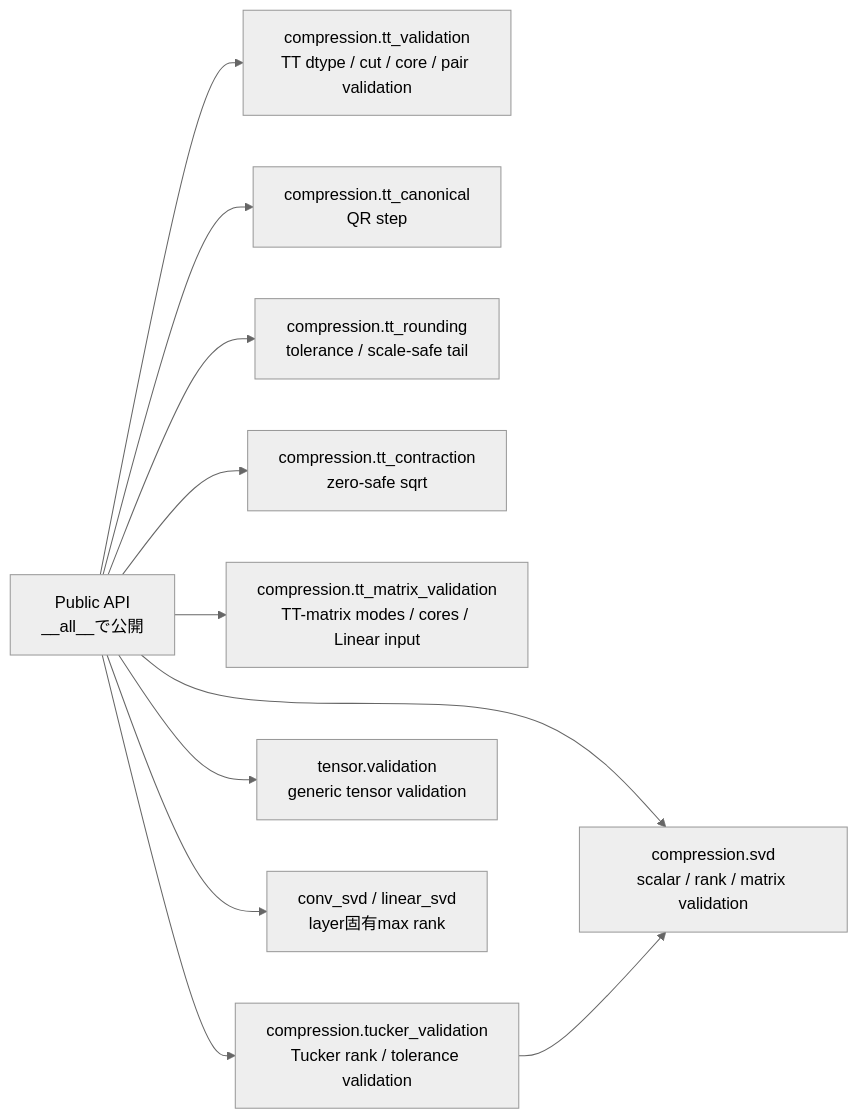
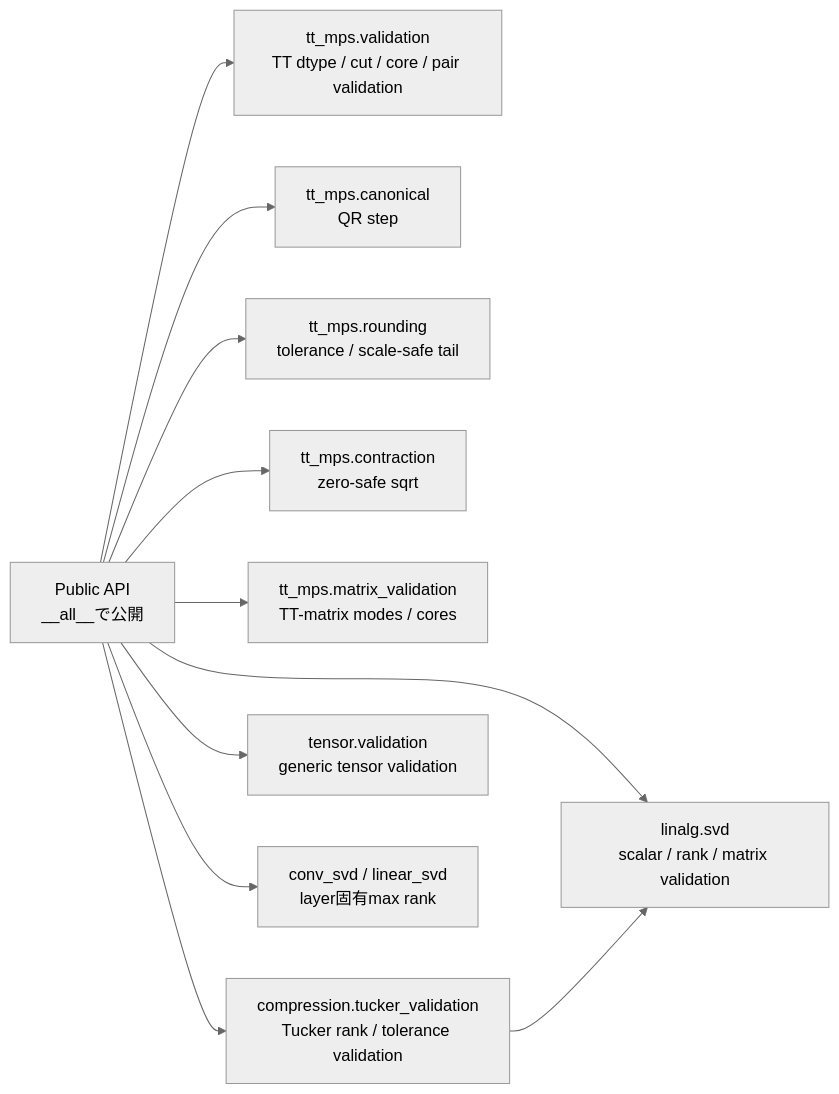
One commit to astrare2480/nn-compression-svd-dmrg changed the diagram in docs/90_src設計/05_Core_API_v1/Internal_API.md. Above: the diagram before and after it, drawn with Mermaid (neutral theme). The commit also changed other lines of this file and 494 other files, not shown here.

````diff
--- a/docs/90_src設計/05_Core_API_v1/Internal_API.md
+++ b/docs/90_src設計/05_Core_API_v1/Internal_API.md
@@ -13,24 +13,24 @@
 ```mermaid
 flowchart LR
     Public["Public API<br/>__all__で公開"]
-    SVD["compression.svd<br/>scalar / rank / matrix validation"]
-    TT["compression.tt_validation<br/>TT dtype / cut / core / pair validation"]
-    Canonical["compression.tt_canonical<br/>QR step"]
-    Rounding["compression.tt_rounding<br/>tolerance / scale-safe tail"]
-    Contraction["compression.tt_contraction<br/>zero-safe sqrt"]
-    TTMatrix["compression.tt_matrix_validation<br/>TT-matrix modes / cores / Linear input"]
+    SVD["linalg.svd<br/>scalar / rank / matrix validation"]
+    TT["tt_mps.validation<br/>TT dtype / cut / core / pair validation"]
+    Canonical["tt_mps.canonical<br/>QR step"]
+    Rounding["tt_mps.rounding<br/>tolerance / scale-safe tail"]
+    Contraction["tt_mps.contraction<br/>zero-safe sqrt"]
+    TTMatrix["tt_mps.matrix_validation<br/>TT-matrix modes / cores"]
     Tucker["compression.tucker_validation<br/>Tucker rank / tolerance validation"]
     Tensor["tensor.validation<br/>generic tensor validation"]
     Layer["conv_svd / linear_svd<br/>layer固有max rank"]
 
     Public --> SVD
     Public --> TT
     Public --> Canonical
     Public --> Rounding
     Public --> Contraction
     Public --> TTMatrix
     Public --> Tucker
     Public --> Tensor
     Public --> Layer
     Tucker --> SVD
 ```
````
